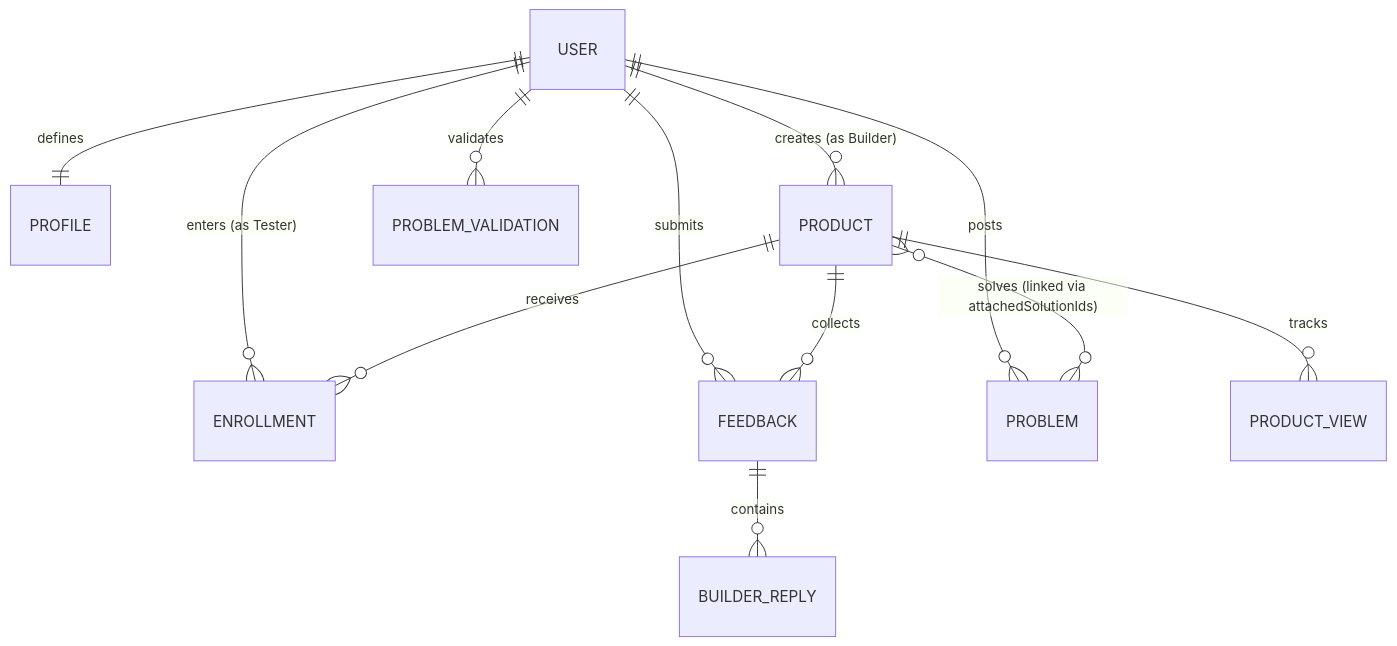
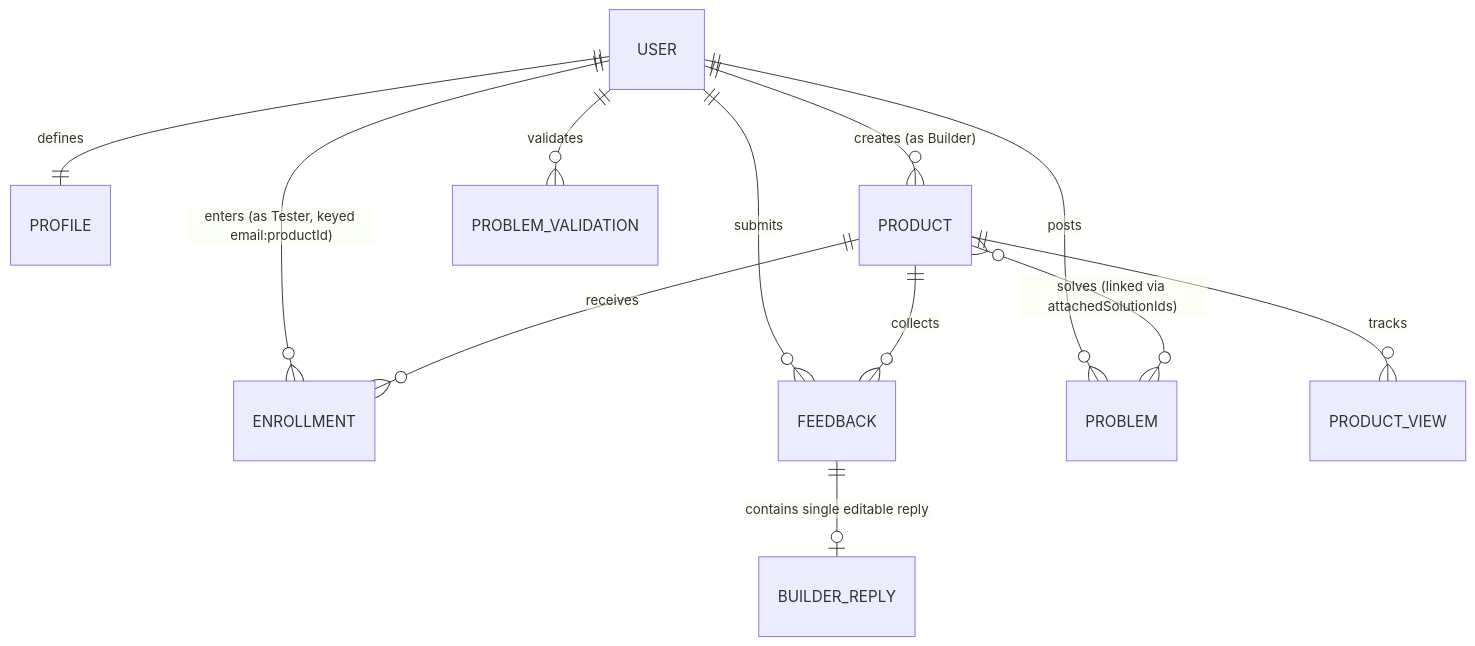
One commit to kabirrathod-2007/BuildBoard changed the diagram in docs/system.md. Above: the diagram before and after it, drawn with Mermaid. The commit also changed other lines of this file and 4 other files, not shown here.

````diff
--- a/docs/system.md
+++ b/docs/system.md
@@ -74,16 +89,16 @@
 ```mermaid
 erDiagram
     USER ||--|| PROFILE : "defines"
     USER ||--o{ PRODUCT : "creates (as Builder)"
-    USER ||--o{ ENROLLMENT : "enters (as Tester)"
+    USER ||--o{ ENROLLMENT : "enters (as Tester, keyed email:productId)"
     USER ||--o{ FEEDBACK : "submits"
     USER ||--o{ PROBLEM : "posts"
     USER ||--o{ PROBLEM_VALIDATION : "validates"
 
     PRODUCT ||--o{ ENROLLMENT : "receives"
     PRODUCT ||--o{ FEEDBACK : "collects"
     PRODUCT ||--o{ PRODUCT_VIEW : "tracks"
     PRODUCT }o--o{ PROBLEM : "solves (linked via attachedSolutionIds)"
 
-    FEEDBACK ||--o{ BUILDER_REPLY : "contains"
+    FEEDBACK ||--o| BUILDER_REPLY : "contains single editable reply"
 ```
````
